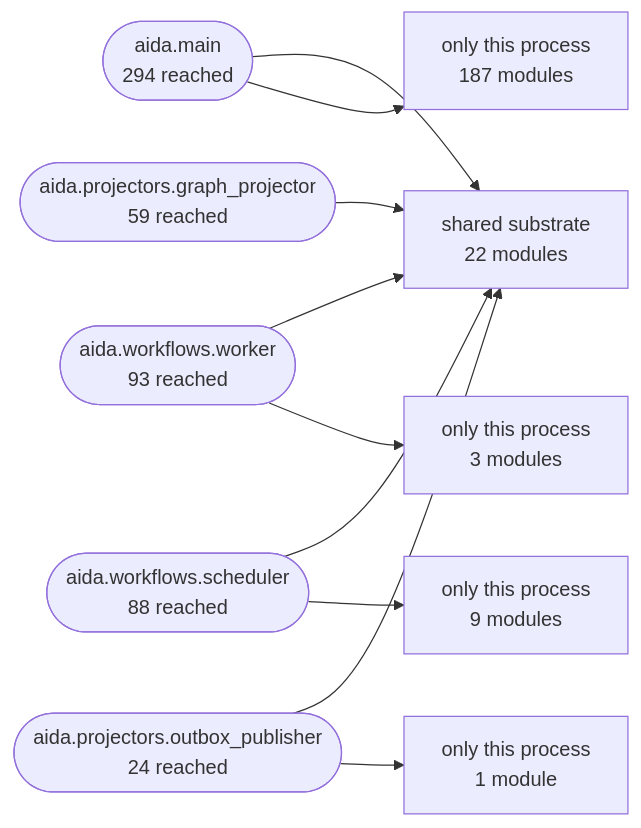
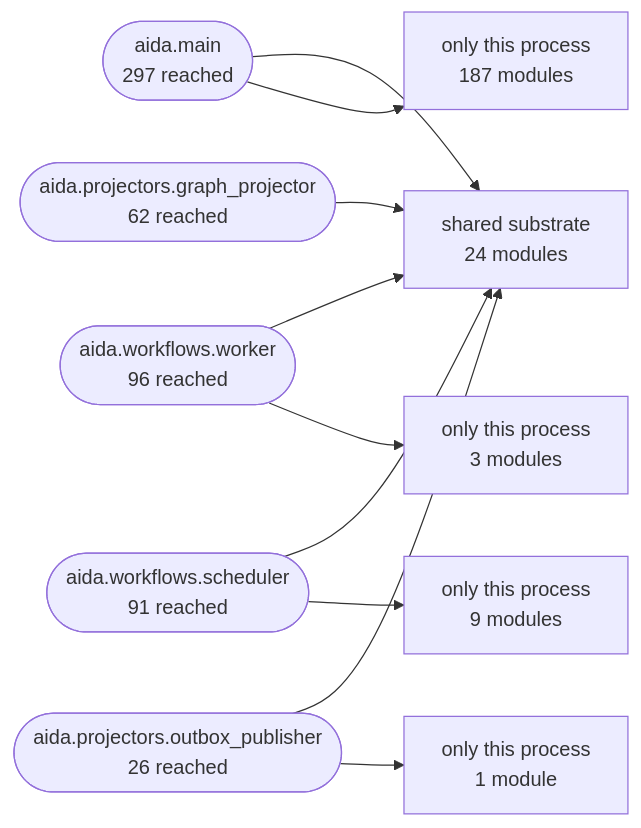
The second of 3 diagrams in Docs/10-architecture/14-generated-architecture-map.md (karuppusamym/AIDataAnalyst), drawn with Mermaid before and after one commit. The commit also changed other lines of this file and 69 other files, not shown here.

````diff
--- a/Docs/10-architecture/14-generated-architecture-map.md
+++ b/Docs/10-architecture/14-generated-architecture-map.md
@@ -166,22 +172,22 @@
 ```mermaid
 graph LR
-  shared["shared substrate<br/>22 modules"]
-  aida_main(["aida.main<br/>294 reached"])
-  aida_workflows_worker(["aida.workflows.worker<br/>93 reached"])
-  aida_workflows_scheduler(["aida.workflows.scheduler<br/>88 reached"])
-  aida_projectors_graph_projector(["aida.projectors.graph_projector<br/>59 reached"])
-  aida_projectors_outbox_publisher(["aida.projectors.outbox_publisher<br/>24 reached"])
+  shared["shared substrate<br/>24 modules"]
+  aida_main(["aida.main<br/>297 reached"])
+  aida_workflows_worker(["aida.workflows.worker<br/>96 reached"])
+  aida_workflows_scheduler(["aida.workflows.scheduler<br/>91 reached"])
+  aida_projectors_graph_projector(["aida.projectors.graph_projector<br/>62 reached"])
+  aida_projectors_outbox_publisher(["aida.projectors.outbox_publisher<br/>26 reached"])
   aida_main --> shared
   only_aida_main["only this process<br/>187 modules"]
   aida_main --> only_aida_main
   aida_workflows_worker --> shared
   only_aida_workflows_worker["only this process<br/>3 modules"]
   aida_workflows_worker --> only_aida_workflows_worker
   aida_workflows_scheduler --> shared
   only_aida_workflows_scheduler["only this process<br/>9 modules"]
   aida_workflows_scheduler --> only_aida_workflows_scheduler
   aida_projectors_graph_projector --> shared
   aida_projectors_outbox_publisher --> shared
   only_aida_projectors_outbox_publisher["only this process<br/>1 module"]
   aida_projectors_outbox_publisher --> only_aida_projectors_outbox_publisher
 ```
````
